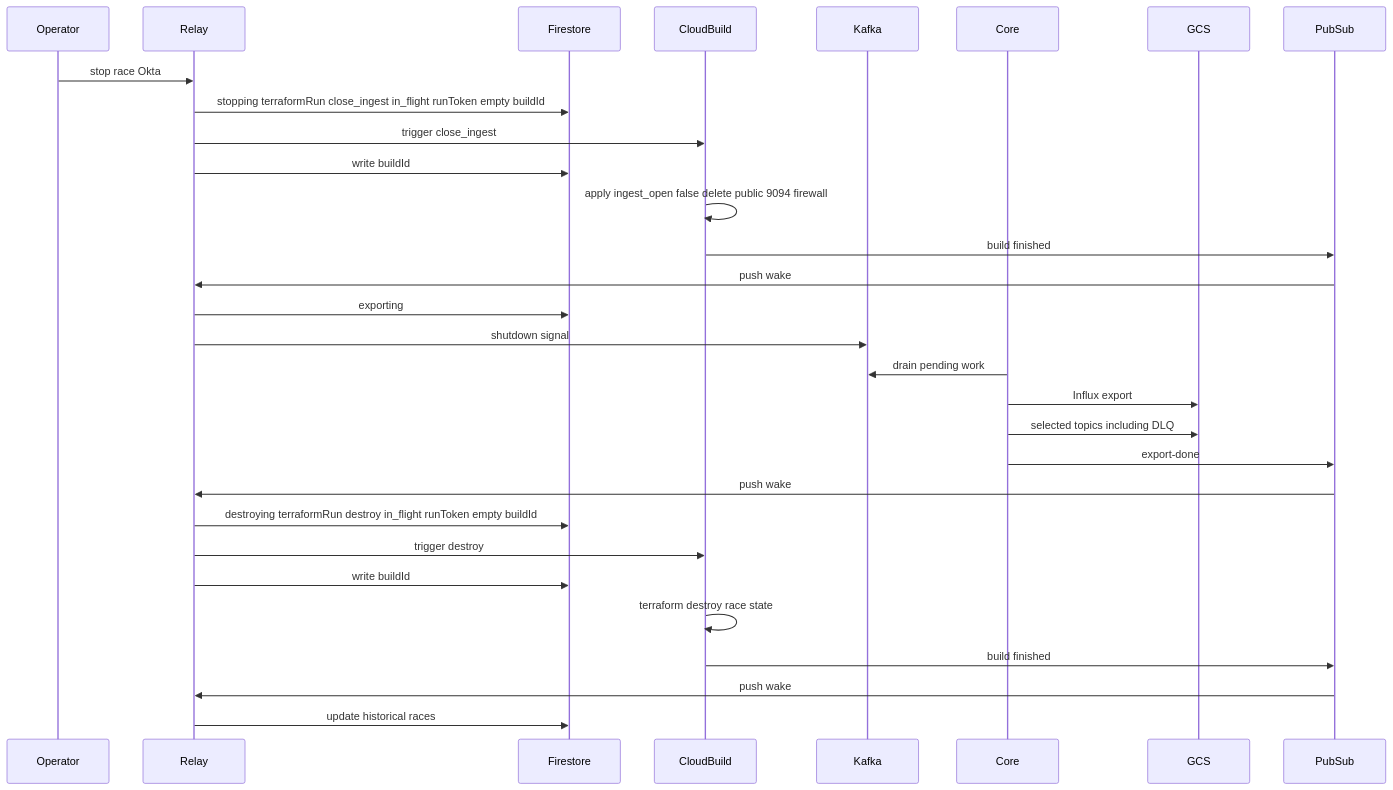
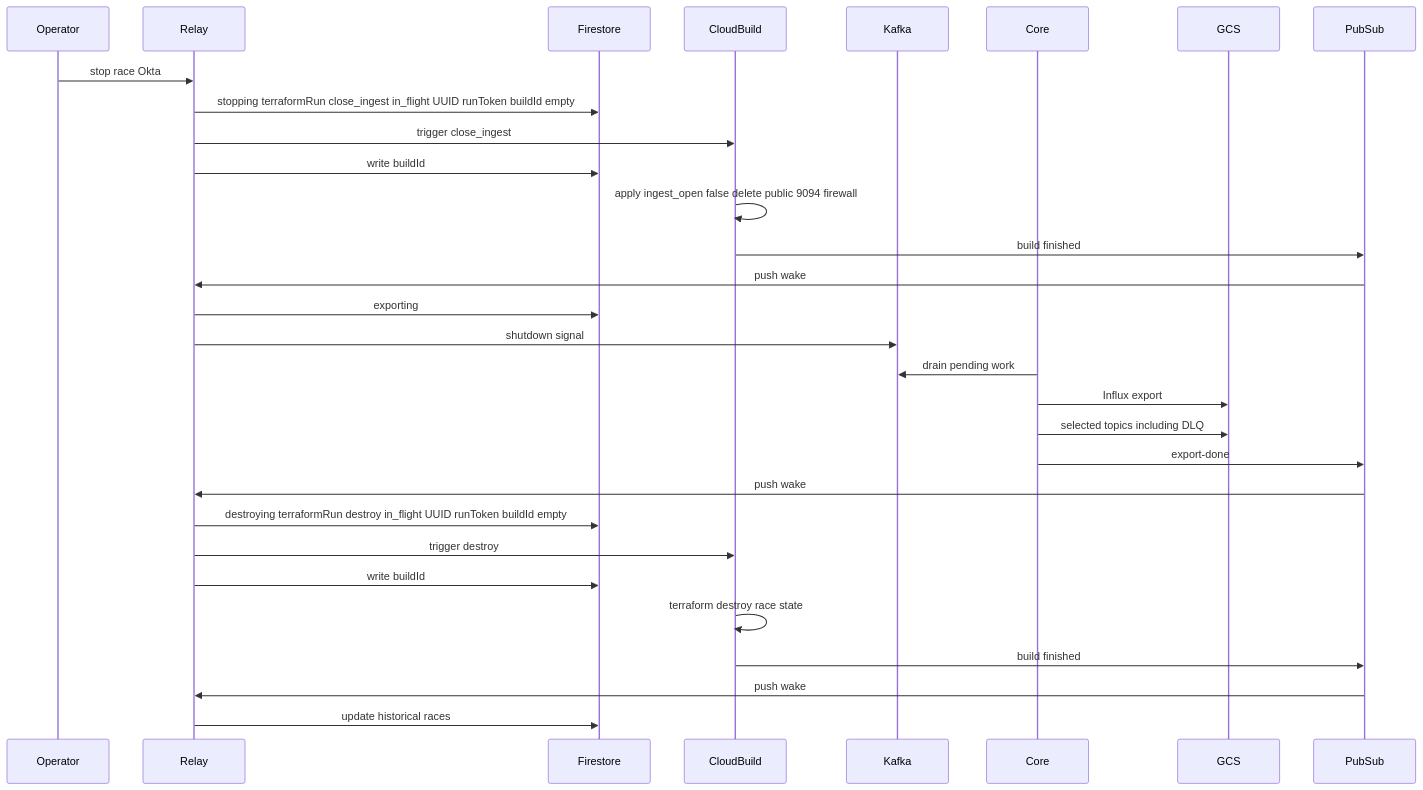
Before and after one commit to ChronoRacer/chronoracer: the diagram in docs/flow-race_destruction.md, drawn with Mermaid. The commit also changed 102 other files, not shown here.

````diff
--- a/docs/flow-race_destruction.md
+++ b/docs/flow-race_destruction.md
@@ -18,32 +18,32 @@
 ```mermaid
 sequenceDiagram
     participant Op as Operator
     participant Relay
     participant FS as Firestore
     participant CB as CloudBuild
     participant Kafka
     participant Core
     participant GCS
     participant PS as PubSub
     Op ->> Relay: stop race Okta
-    Relay ->> FS: stopping terraformRun close_ingest in_flight runToken empty buildId
+    Relay ->> FS: stopping terraformRun close_ingest in_flight UUID runToken buildId empty
     Relay ->> CB: trigger close_ingest
     Relay ->> FS: write buildId
     CB ->> CB: apply ingest_open false delete public 9094 firewall
     CB ->> PS: build finished
     PS ->> Relay: push wake
     Relay ->> FS: exporting
     Relay ->> Kafka: shutdown signal
     Core ->> Kafka: drain pending work
     Core ->> GCS: Influx export
     Core ->> GCS: selected topics including DLQ
     Core ->> PS: export-done
     PS ->> Relay: push wake
-    Relay ->> FS: destroying terraformRun destroy in_flight runToken empty buildId
+    Relay ->> FS: destroying terraformRun destroy in_flight UUID runToken buildId empty
     Relay ->> CB: trigger destroy
     Relay ->> FS: write buildId
     CB ->> CB: terraform destroy race state
     CB ->> PS: build finished
     PS ->> Relay: push wake
     Relay ->> FS: update historical races
 ```
````
